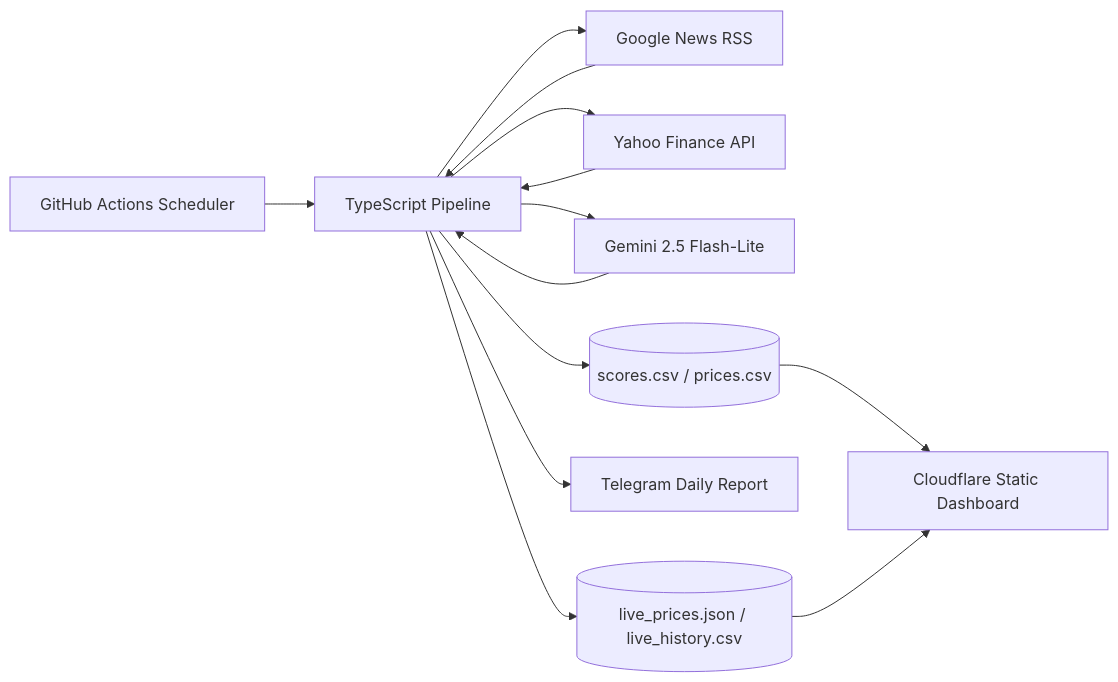
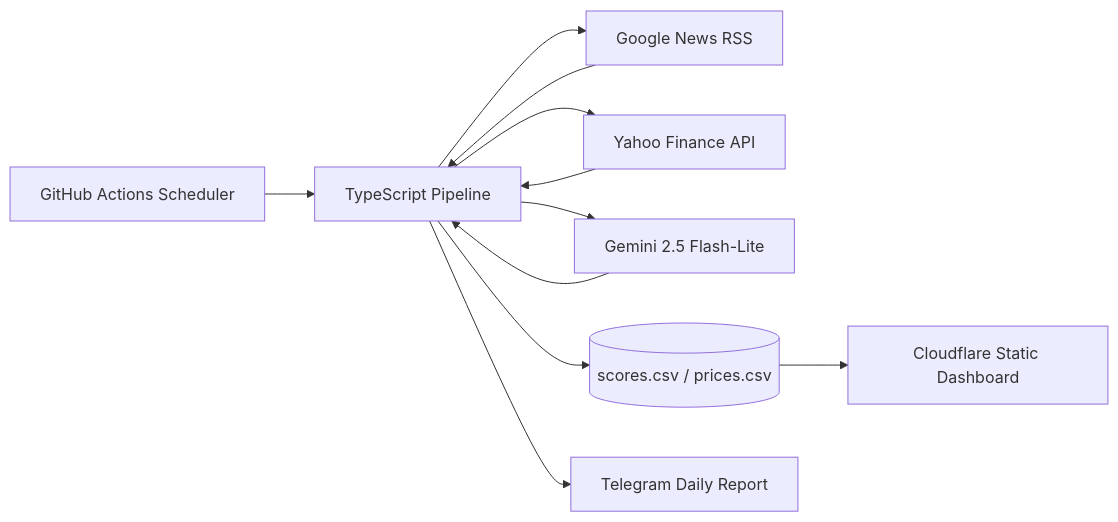
The diagram in README.md (dev-jhjoo/morning-report-alpha), drawn with Mermaid before and after one commit. The commit also changed other lines of this file and 9 other files, not shown here.

First line of the commit message:
feat: 국가별 장전 발송 분리, live prices 제거, 대시보드 당일 점수 카드화

````diff
--- a/README.md
+++ b/README.md
@@ -35,19 +35,17 @@
 ```mermaid
 flowchart LR
     A[GitHub Actions Scheduler] --> B[TypeScript Pipeline]
 
     B --> C[Google News RSS]
     B --> D[Yahoo Finance API]
     B --> E[Gemini 2.5 Flash-Lite]
 
     C --> B
     D --> B
     E --> B
 
     B --> F[(scores.csv / prices.csv)]
     B --> G[Telegram Daily Report]
-    B --> H[(live_prices.json / live_history.csv)]
 
     F --> I[Cloudflare Static Dashboard]
-    H --> I
 ```
````
